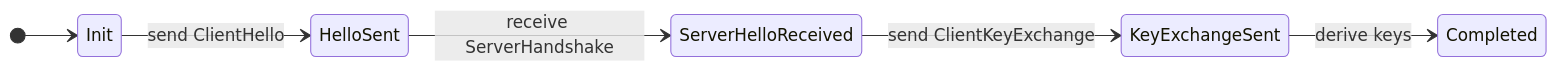
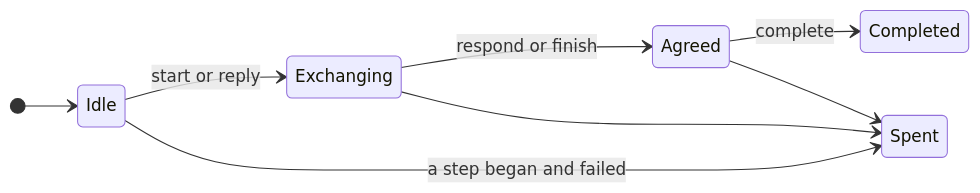
One commit to wahidgroup/tightbeam changed the fourth of 6 diagrams in docs/handshake.md. Above: the diagram before and after it, drawn with Mermaid. The commit also changed other lines of this file and 41 other files, not shown here.

````diff
--- a/docs/handshake.md
+++ b/docs/handshake.md
@@ -147,9 +173,11 @@
 ```mermaid
 stateDiagram-v2
     direction LR
-    [*] --> Init
-    Init --> HelloSent: send ClientHello
-    HelloSent --> ServerHelloReceived: receive ServerHandshake
-    ServerHelloReceived --> KeyExchangeSent: send ClientKeyExchange
-    KeyExchangeSent --> Completed: derive keys
+    [*] --> Idle
+    Idle --> Exchanging: start or reply
+    Exchanging --> Agreed: respond or finish
+    Agreed --> Completed: complete
+    Idle --> Spent: a step began and failed
+    Exchanging --> Spent
+    Agreed --> Spent
 ```
````
